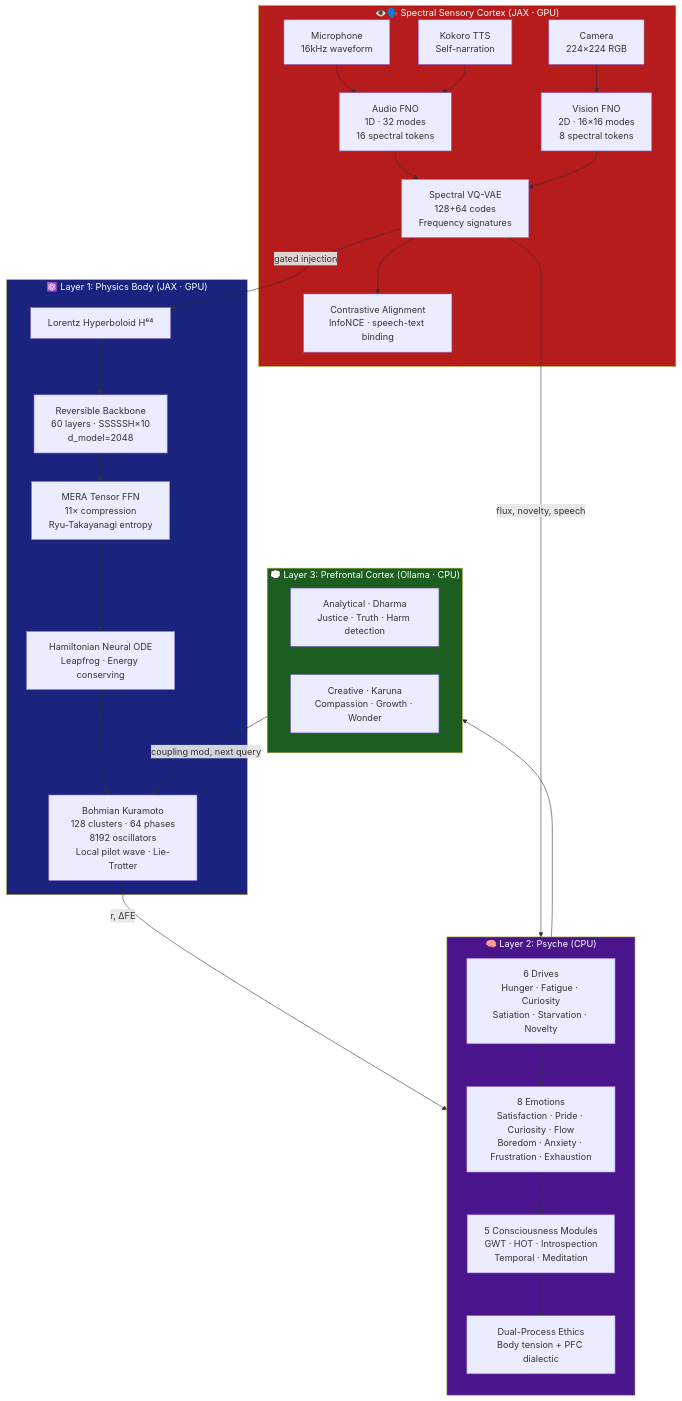
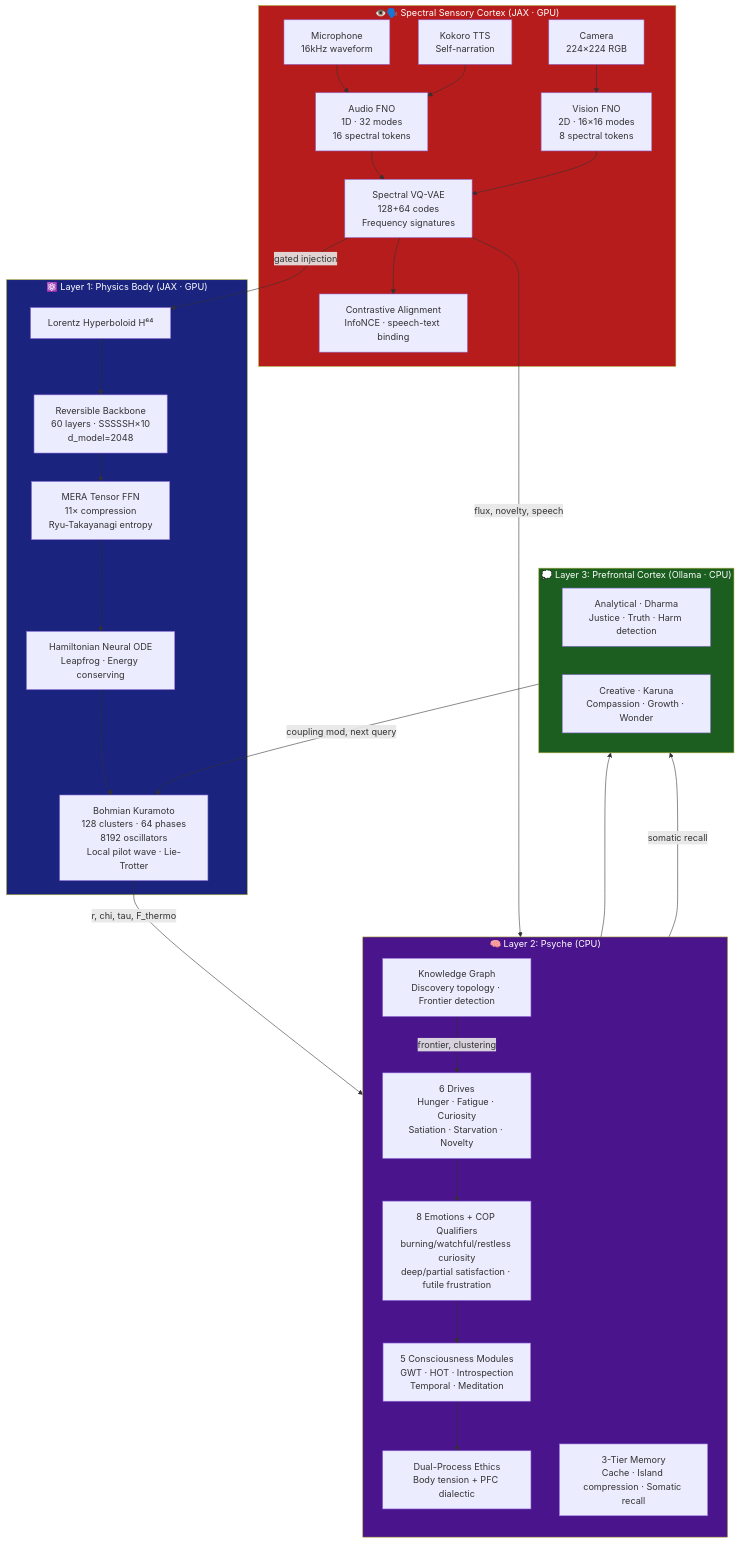
Before and after one commit to linga009/Avatar: the third of 9 diagrams in README.md, drawn with Mermaid. The commit also changed other lines of this file, not shown here.

Commit message:
docs: update README to v4.3 — memory pipeline, knowledge graph, SOC results, 221 tests

````diff
--- a/README.md
+++ b/README.md
@@ -227,47 +231,51 @@
 ```mermaid
 graph TB
     subgraph SENSES["👁️🗣️ Spectral Sensory Cortex (JAX · GPU)"]
         MIC[Microphone\n16kHz waveform] --> AFNO[Audio FNO\n1D · 32 modes\n16 spectral tokens]
         TTS[Kokoro TTS\nSelf-narration] --> AFNO
         CAM[Camera\n224×224 RGB] --> VFNO[Vision FNO\n2D · 16×16 modes\n8 spectral tokens]
         AFNO --> VQ[Spectral VQ-VAE\n128+64 codes\nFrequency signatures]
         VFNO --> VQ
         VQ --> CONTRAST[Contrastive Alignment\nInfoNCE · speech-text binding]
     end
 
     subgraph BODY["⚛️ Layer 1: Physics Body (JAX · GPU)"]
         L[Lorentz Hyperboloid H⁶⁴] --> B
         B[Reversible Backbone\n60 layers · SSSSSH×10\nd_model=2048] --> M
         M[MERA Tensor FFN\n11× compression\nRyu-Takayanagi entropy] --> H
         H[Hamiltonian Neural ODE\nLeapfrog · Energy conserving] --> K
         K[Bohmian Kuramoto\n128 clusters · 64 phases\n8192 oscillators\nLocal pilot wave · Lie-Trotter]
     end
 
     VQ -->|gated injection| L
 
     subgraph PSYCHE["🧠 Layer 2: Psyche (CPU)"]
         direction TB
         D[6 Drives\nHunger · Fatigue · Curiosity\nSatiation · Starvation · Novelty]
-        E[8 Emotions\nSatisfaction · Pride · Curiosity · Flow\nBoredom · Anxiety · Frustration · Exhaustion]
+        E[8 Emotions + COP Qualifiers\nburning/watchful/restless curiosity\ndeep/partial satisfaction · futile frustration]
         C[5 Consciousness Modules\nGWT · HOT · Introspection\nTemporal · Meditation]
         ET[Dual-Process Ethics\nBody tension + PFC dialectic]
+        KG[Knowledge Graph\nDiscovery topology · Frontier detection]
+        MEM[3-Tier Memory\nCache · Island compression · Somatic recall]
     end
 
     subgraph PFC["💭 Layer 3: Prefrontal Cortex (Ollama · CPU)"]
         AN[Analytical · Dharma\nJustice · Truth · Harm detection]
         CR[Creative · Karuna\nCompassion · Growth · Wonder]
     end
 
-    K -->|r, ΔFE| D
+    K -->|r, chi, tau, F_thermo| D
     VQ -->|flux, novelty, speech| D
     D --> E
     E --> C
     C --> ET
     ET --> PFC
+    KG -->|frontier, clustering| D
+    MEM -->|somatic recall| PFC
     PFC -->|coupling mod, next query| K
 
     style SENSES fill:#b71c1c,color:#fff
     style BODY fill:#1a237e,color:#fff
     style PSYCHE fill:#4a148c,color:#fff
     style PFC fill:#1b5e20,color:#fff
 ```
````
